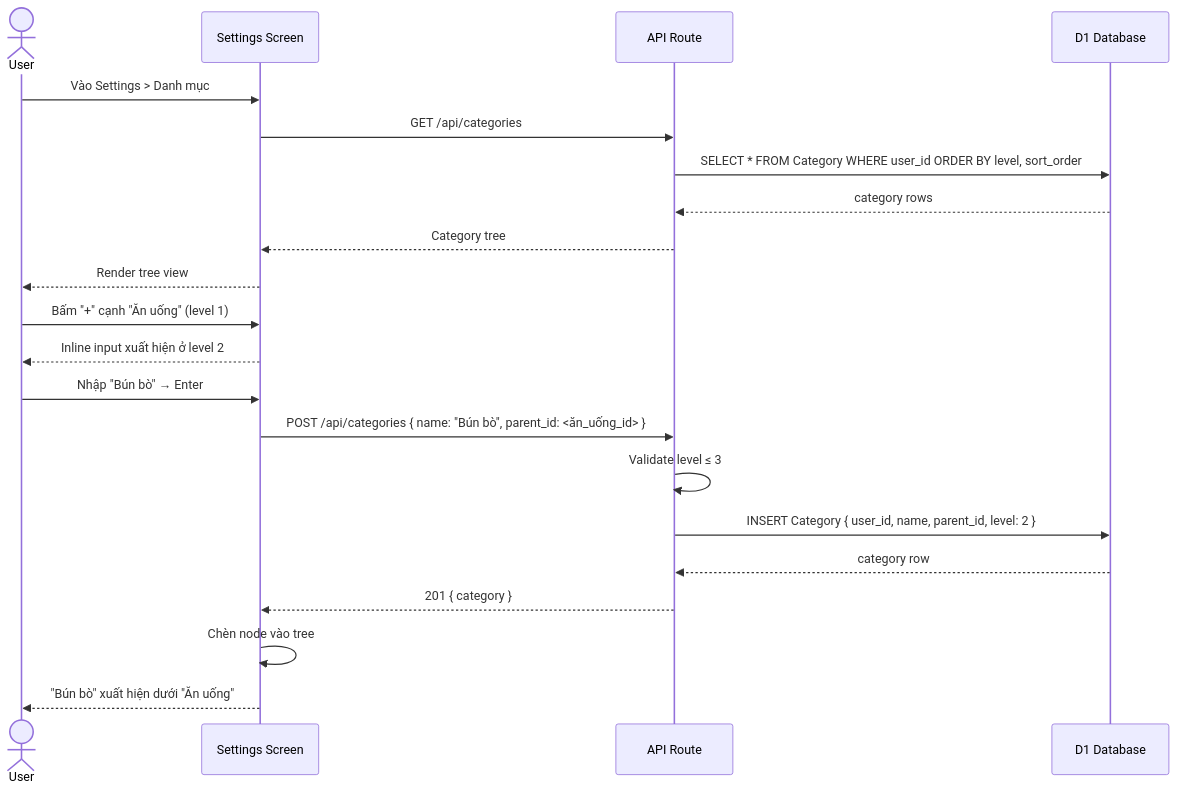
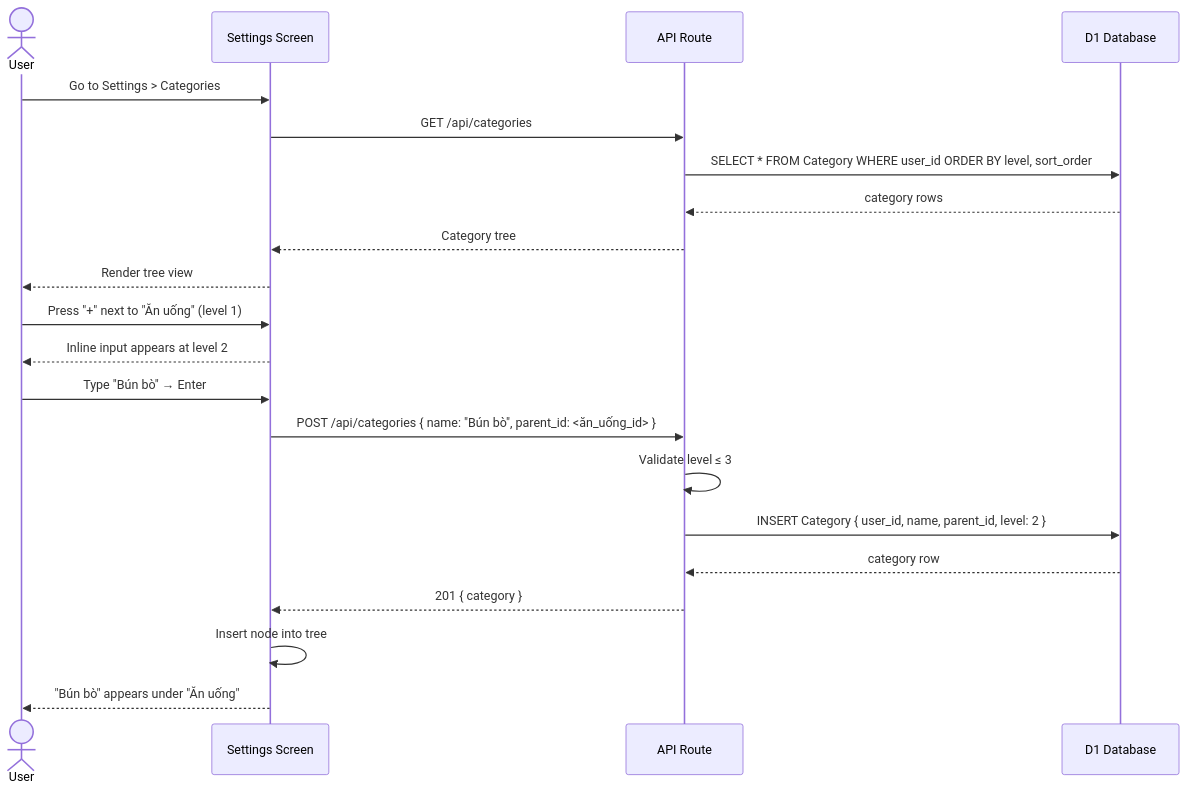
One commit to niits/personal-finance changed the eighth of 10 diagrams in docs/FLOWS.md. Above: the diagram before and after it, drawn with Mermaid. The commit also changed other lines of this file and 3 other files, not shown here.

````diff
--- a/docs/FLOWS.md
+++ b/docs/FLOWS.md
@@ -218,26 +218,26 @@
 ```mermaid
 sequenceDiagram
     actor User
     participant Settings as Settings Screen
     participant API as API Route
     participant DB as D1 Database
 
-    User->>Settings: Vào Settings > Danh mục
+    User->>Settings: Go to Settings > Categories
     Settings->>API: GET /api/categories
     API->>DB: SELECT * FROM Category WHERE user_id ORDER BY level, sort_order
     DB-->>API: category rows
     API-->>Settings: Category tree
     Settings-->>User: Render tree view
 
-    User->>Settings: Bấm "+" cạnh "Ăn uống" (level 1)
-    Settings-->>User: Inline input xuất hiện ở level 2
-    User->>Settings: Nhập "Bún bò" → Enter
+    User->>Settings: Press "+" next to "Ăn uống" (level 1)
+    Settings-->>User: Inline input appears at level 2
+    User->>Settings: Type "Bún bò" → Enter
 
     Settings->>API: POST /api/categories { name: "Bún bò", parent_id: <ăn_uống_id> }
     API->>API: Validate level ≤ 3
     API->>DB: INSERT Category { user_id, name, parent_id, level: 2 }
     DB-->>API: category row
     API-->>Settings: 201 { category }
-    Settings->>Settings: Chèn node vào tree
-    Settings-->>User: "Bún bò" xuất hiện dưới "Ăn uống"
+    Settings->>Settings: Insert node into tree
+    Settings-->>User: "Bún bò" appears under "Ăn uống"
 ```
````
